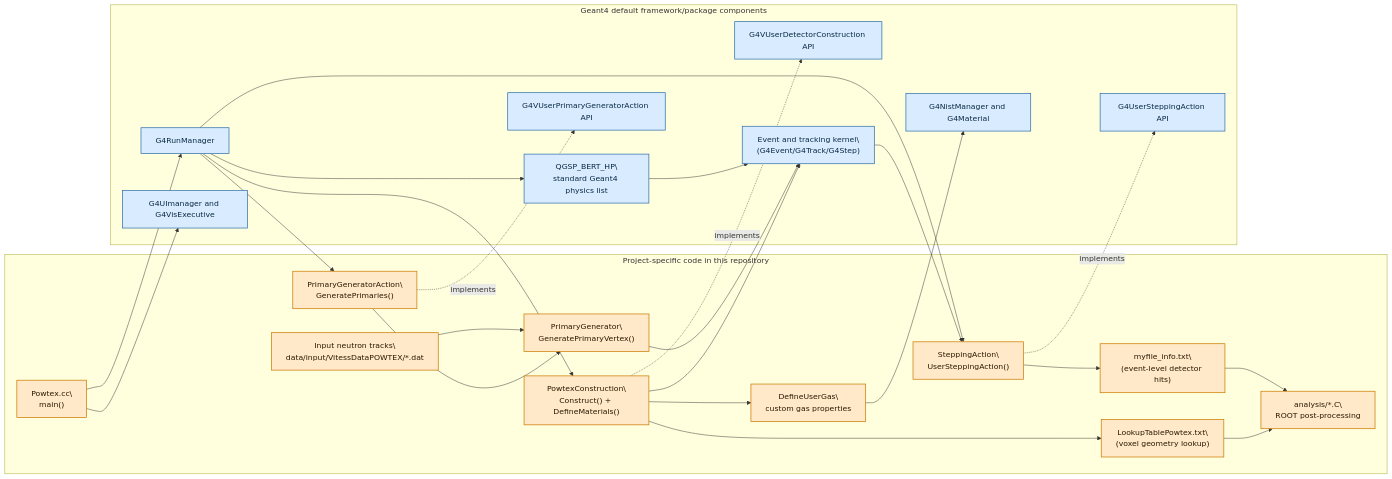
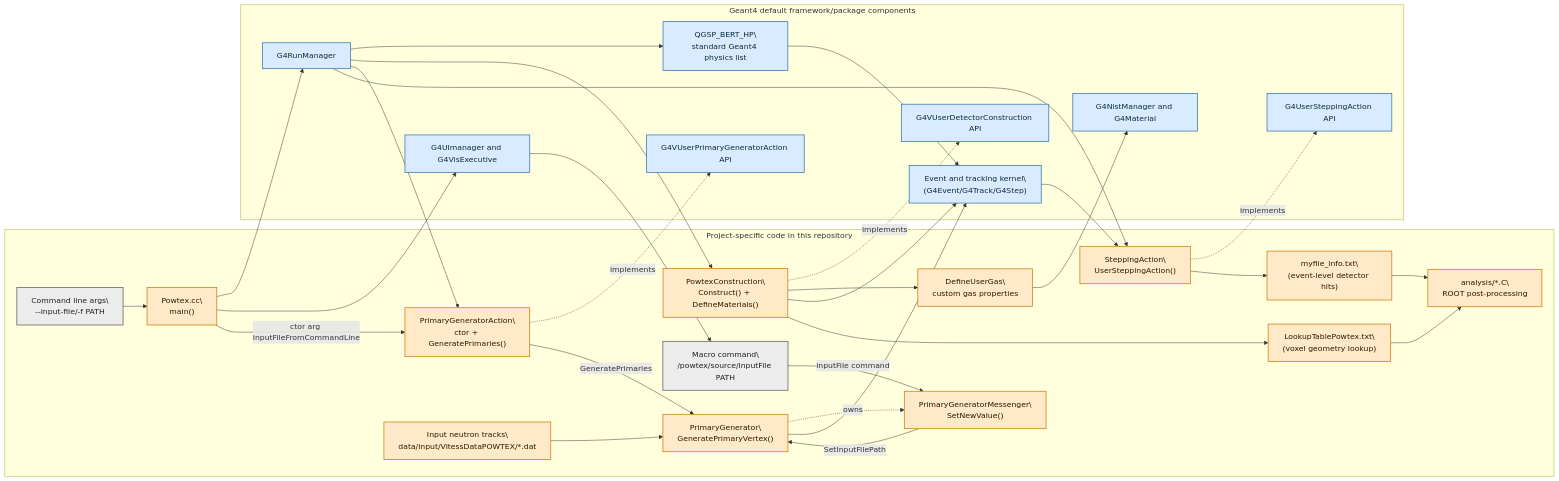
One commit to KostiaChant/geant4_powtex changed the diagram in diagrams/simulation_data_flow.md. Above: the diagram before and after it, drawn with Mermaid. The commit also changed other lines of this file and 3 other files, not shown here.

Commit message:
updated diagrams

````diff
--- a/diagrams/simulation_data_flow.md
+++ b/diagrams/simulation_data_flow.md
@@ -3,60 +3,71 @@
 ```mermaid
 flowchart LR
   subgraph USER["Project-specific code in this repository"]
     MAIN["Powtex.cc\\nmain()"]
     PC["PowtexConstruction\\nConstruct() + DefineMaterials()"]
     DUG["DefineUserGas\\ncustom gas properties"]
-    PGA["PrimaryGeneratorAction\\nGeneratePrimaries()"]
+    PGA["PrimaryGeneratorAction\\nctor + GeneratePrimaries()"]
     PG["PrimaryGenerator\\nGeneratePrimaryVertex()"]
+    PGM["PrimaryGeneratorMessenger\\nSetNewValue()"]
+    CLI["Command line args\\n--input-file/-f PATH"]
+    MAC["Macro command\\n/powtex/source/inputFile PATH"]
     SA["SteppingAction\\nUserSteppingAction()"]
     IN["Input neutron tracks\\ndata/input/VitessDataPOWTEX/*.dat"]
     OUT1["myfile_info.txt\\n(event-level detector hits)"]
     OUT2["LookupTablePowtex.txt\\n(voxel geometry lookup)"]
     ANA["analysis/*.C\\nROOT post-processing"]
   end
 
   subgraph G4["Geant4 default framework/package components"]
     RM["G4RunManager"]
     PHYS["QGSP_BERT_HP\\nstandard Geant4 physics list"]
     API_DET["G4VUserDetectorConstruction API"]
     API_GEN["G4VUserPrimaryGeneratorAction API"]
     API_STEP["G4UserSteppingAction API"]
     EVT["Event and tracking kernel\\n(G4Event/G4Track/G4Step)"]
     MAT["G4NistManager and G4Material"]
     UI["G4UImanager and G4VisExecutive"]
   end
 
+  CLI --> MAIN
   MAIN --> RM
   MAIN --> UI
+  MAIN -->|ctor arg inputFileFromCommandLine| PGA
 
   RM --> PHYS
   RM --> PC
   RM --> PGA
   RM --> SA
 
   PC -.implements.-> API_DET
   PGA -.implements.-> API_GEN
   SA -.implements.-> API_STEP
 
   PC --> DUG
   DUG --> MAT
 
+  PGA -->|GeneratePrimaries| PG
+  UI --> MAC
+  MAC -->|inputFile command| PGM
+  PGM -->|SetInputFilePath| PG
+  PG -.owns.-> PGM
   IN --> PG
-  PGA --> PG
   PG --> EVT
   PHYS --> EVT
   PC --> EVT
 
   EVT --> SA
   SA --> OUT1
   PC --> OUT2
 
   OUT1 --> ANA
   OUT2 --> ANA
 
   classDef user fill:#ffe9c9,stroke:#cc7a00,color:#2a1a00,stroke-width:1.5px;
   classDef g4 fill:#d9ecff,stroke:#2f6fad,color:#0b2a44,stroke-width:1.5px;
+  classDef cfg fill:#ececec,stroke:#5a5a5a,color:#202020,stroke-width:1.5px;
 
-  class MAIN,PC,DUG,PGA,PG,SA,IN,OUT1,OUT2,ANA user;
+  class MAIN,PC,DUG,PGA,PG,PGM,SA,IN,OUT1,OUT2,ANA user;
   class RM,PHYS,API_DET,API_GEN,API_STEP,EVT,MAT,UI g4;
+  class CLI,MAC cfg;
 ```
````
